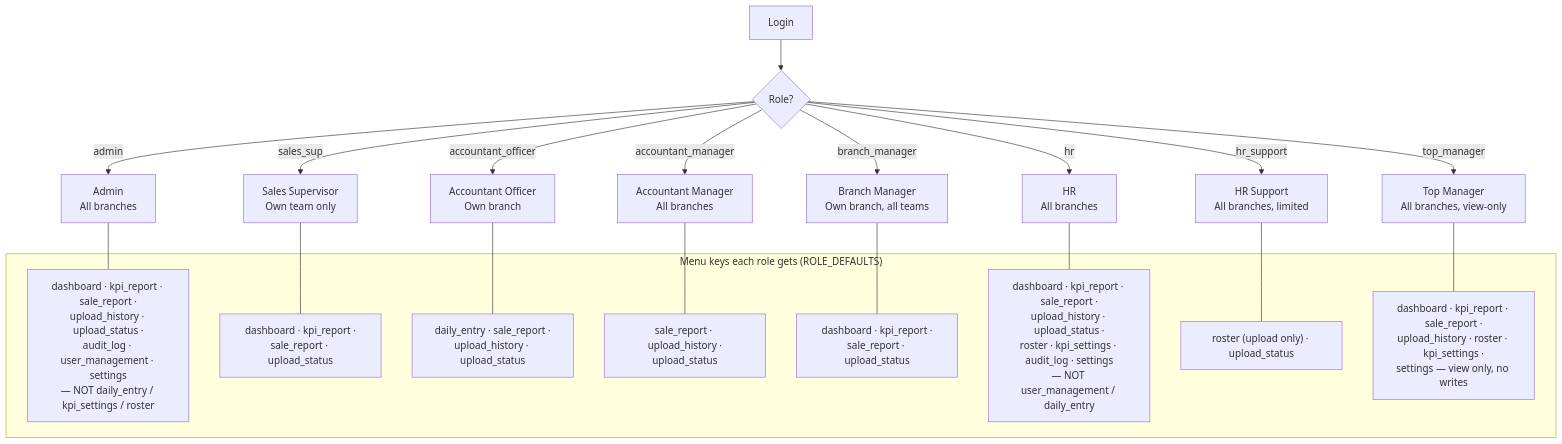
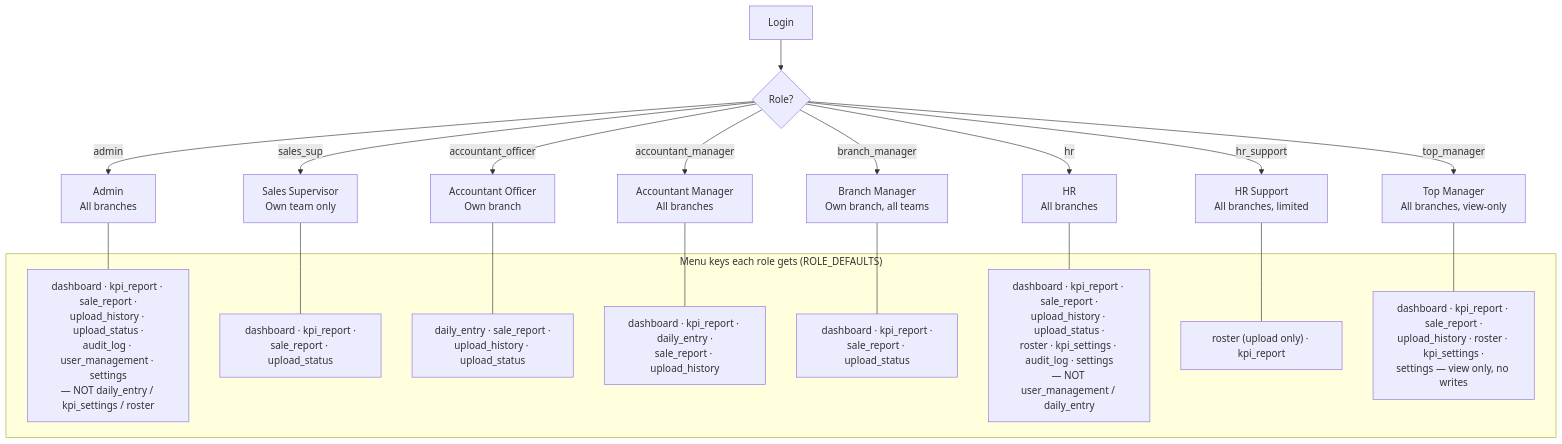
One commit to Tocknpn/KPV_KPI_tracking changed the second of 7 diagrams in FLOWCHART.md. Above: the diagram before and after it, drawn with Mermaid. The commit also changed 38 other files, not shown here.

````diff
--- a/FLOWCHART.md
+++ b/FLOWCHART.md
@@ -32,33 +32,33 @@
 ```mermaid
 flowchart TD
     LOGIN[Login] --> ROLE{Role?}
 
     ROLE -->|admin| ADMIN["Admin\nAll branches"]
     ROLE -->|sales_sup| SUP["Sales Supervisor\nOwn team only"]
     ROLE -->|accountant_officer| AO["Accountant Officer\nOwn branch"]
     ROLE -->|accountant_manager| AM["Accountant Manager\nAll branches"]
     ROLE -->|branch_manager| BM["Branch Manager\nOwn branch, all teams"]
     ROLE -->|hr| HR["HR\nAll branches"]
     ROLE -->|hr_support| HRS["HR Support\nAll branches, limited"]
     ROLE -->|top_manager| TM["Top Manager\nAll branches, view-only"]
 
     subgraph MENUS["Menu keys each role gets (ROLE_DEFAULTS)"]
         M_ADMIN["dashboard · kpi_report · sale_report ·\nupload_history · upload_status ·\naudit_log · user_management · settings\n— NOT daily_entry / kpi_settings / roster"]
         M_SUP["dashboard · kpi_report ·\nsale_report · upload_status"]
         M_AO["daily_entry · sale_report ·\nupload_history · upload_status"]
-        M_AM["sale_report · upload_history ·\nupload_status"]
+        M_AM["dashboard · kpi_report · daily_entry ·\nsale_report · upload_history"]
         M_BM["dashboard · kpi_report ·\nsale_report · upload_status"]
         M_HR["dashboard · kpi_report · sale_report ·\nupload_history · upload_status ·\nroster · kpi_settings · audit_log · settings\n— NOT user_management / daily_entry"]
-        M_HRS["roster (upload only) · upload_status"]
+        M_HRS["roster (upload only) · kpi_report"]
         M_TM["dashboard · kpi_report · sale_report ·\nupload_history · roster · kpi_settings ·\nsettings — view only, no writes"]
     end
 
     ADMIN --- M_ADMIN
     SUP --- M_SUP
     AO --- M_AO
     AM --- M_AM
     BM --- M_BM
     HR --- M_HR
     HRS --- M_HRS
     TM --- M_TM
 ```
````
